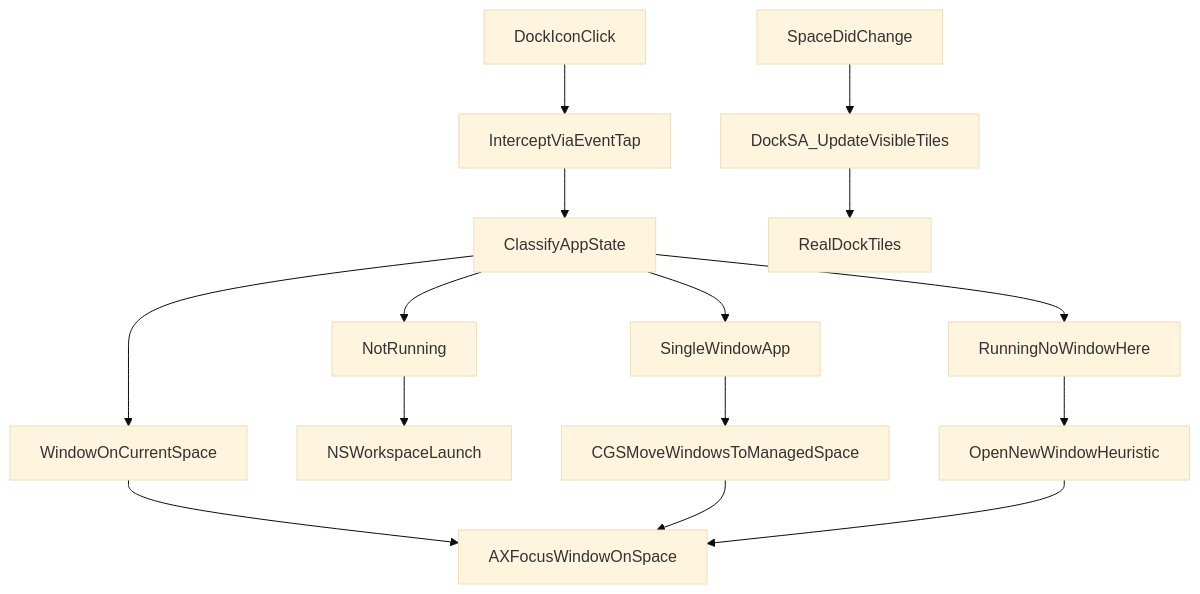
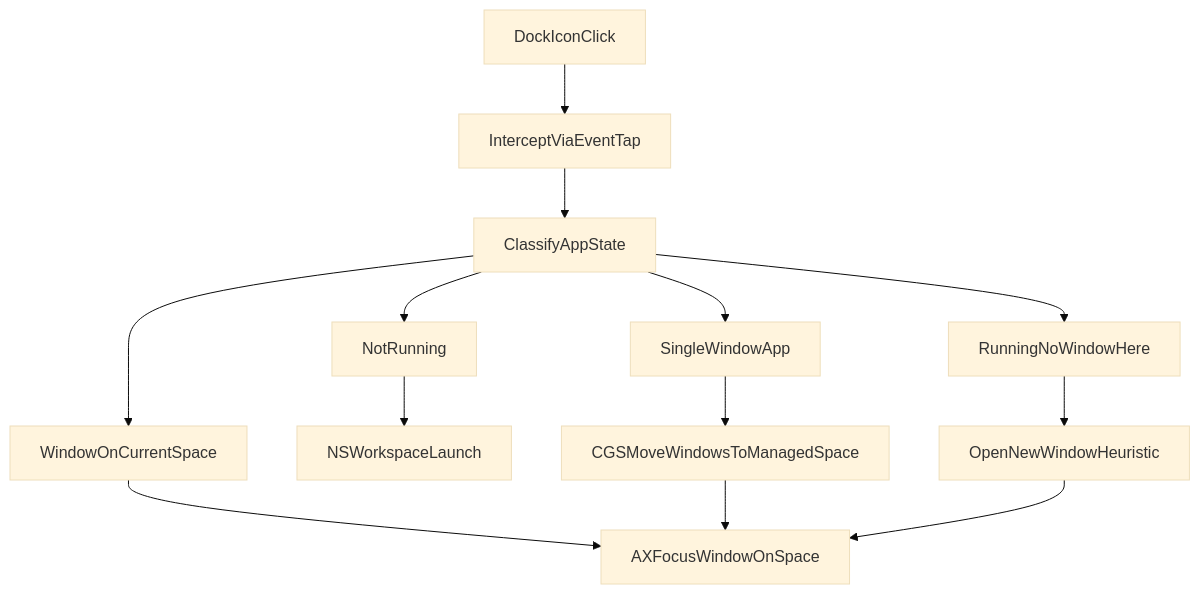
The first of 2 diagrams in docs/implementation-plan.md (thabiger/stay-here), drawn with Mermaid (base theme) before and after one commit. The commit also changed other lines of this file and 22 other files, not shown here.

````diff
--- a/docs/implementation-plan.md
+++ b/docs/implementation-plan.md
@@ -45,17 +43,15 @@
 ```mermaid
 flowchart TD
   dockClick[DockIconClick] --> intercept[InterceptViaEventTap]
   intercept --> classify[ClassifyAppState]
   classify --> notRunning[NotRunning]
   classify --> hasWinHere[WindowOnCurrentSpace]
   classify --> runningElsewhere[RunningNoWindowHere]
   classify --> singleWindow[SingleWindowApp]
   notRunning --> launch[NSWorkspaceLaunch]
   hasWinHere --> focus[AXFocusWindowOnSpace]
   runningElsewhere --> newWin[OpenNewWindowHeuristic]
   singleWindow --> moveWin[CGSMoveWindowsToManagedSpace]
   moveWin --> focus
   newWin --> focus
-  spaceChange[SpaceDidChange] --> dockFilter[DockSA_UpdateVisibleTiles]
-  dockFilter --> dockUI[RealDockTiles]
 ```
````
